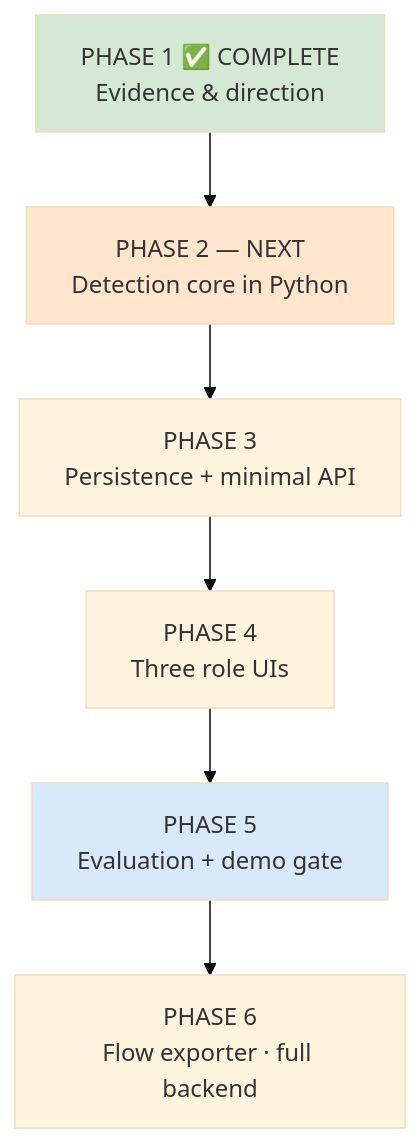
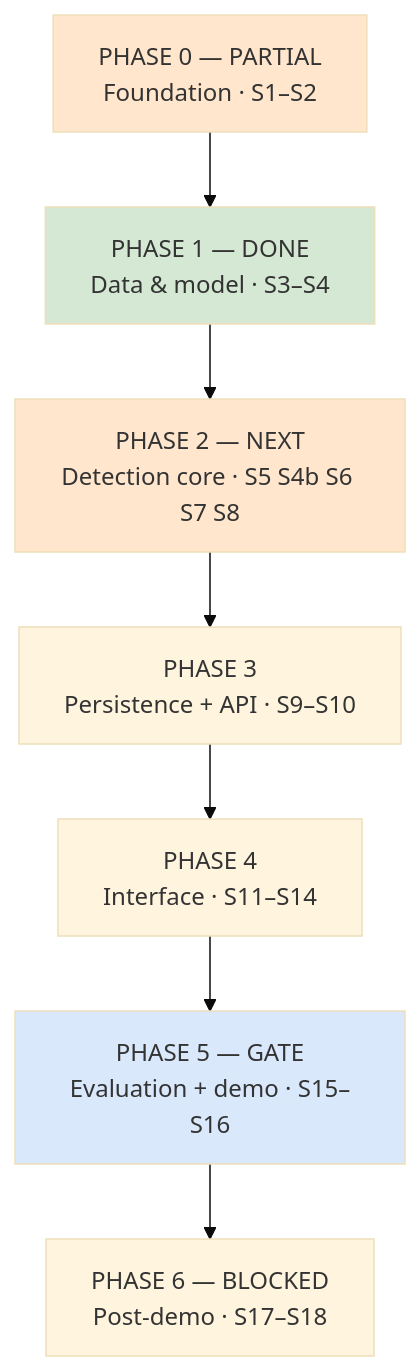
One commit to CSIT-321/CSIT321-Human-in-the-loop_IDS changed the fifth of 5 diagrams in hitl-ids/docs/iteration-report.md. Above: the diagram before and after it, drawn with Mermaid (base theme). The commit also changed other lines of this file and 3 other files, not shown here.

````diff
--- a/hitl-ids/docs/iteration-report.md
+++ b/hitl-ids/docs/iteration-report.md
@@ -196,15 +196,17 @@
 ```mermaid
 graph TD
-    P1["PHASE 1 ✅ COMPLETE<br/>Evidence & direction"]
-    P2["PHASE 2 — NEXT<br/>Detection core in Python"]
-    P3["PHASE 3<br/>Persistence + minimal API"]
-    P4["PHASE 4<br/>Three role UIs"]
-    P5["PHASE 5<br/>Evaluation + demo gate"]
-    P6["PHASE 6<br/>Flow exporter · full backend"]
+    P0["PHASE 0 — PARTIAL<br/>Foundation · S1–S2"]
+    P1["PHASE 1 — DONE<br/>Data & model · S3–S4"]
+    P2["PHASE 2 — NEXT<br/>Detection core · S5 S4b S6 S7 S8"]
+    P3["PHASE 3<br/>Persistence + API · S9–S10"]
+    P4["PHASE 4<br/>Interface · S11–S14"]
+    P5["PHASE 5 — GATE<br/>Evaluation + demo · S15–S16"]
+    P6["PHASE 6 — BLOCKED<br/>Post-demo · S17–S18"]
 
-    P1 --> P2 --> P3 --> P4 --> P5 --> P6
+    P0 --> P1 --> P2 --> P3 --> P4 --> P5 --> P6
 
+    style P0 fill:#ffe6cc
     style P1 fill:#d5e8d4
     style P2 fill:#ffe6cc
     style P5 fill:#dae8fc
 ```
````
